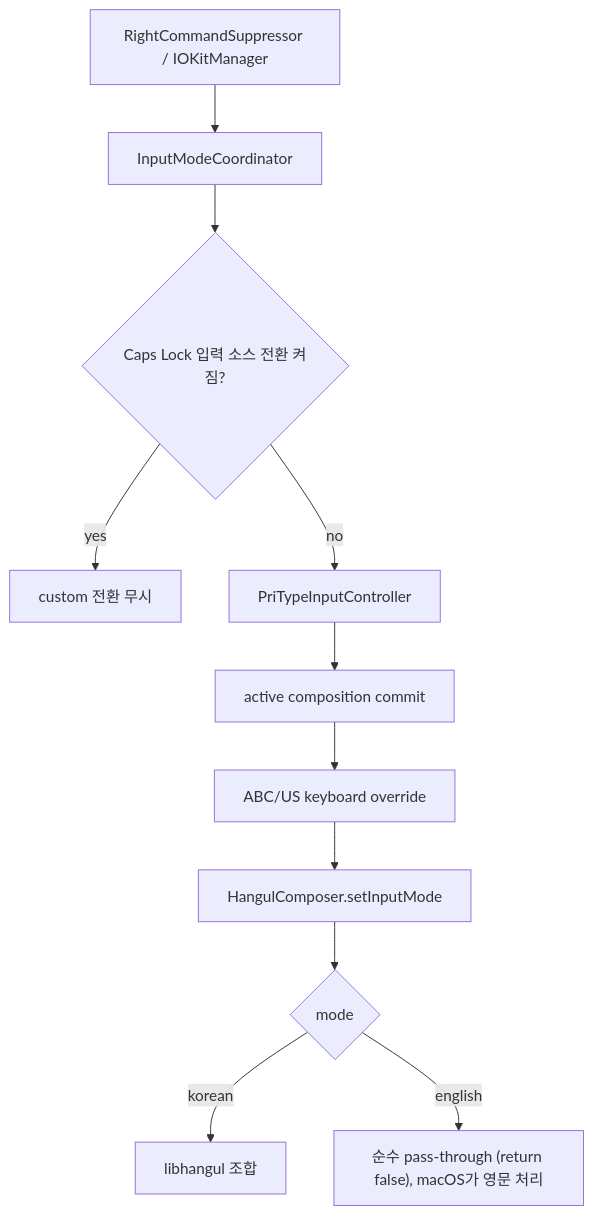
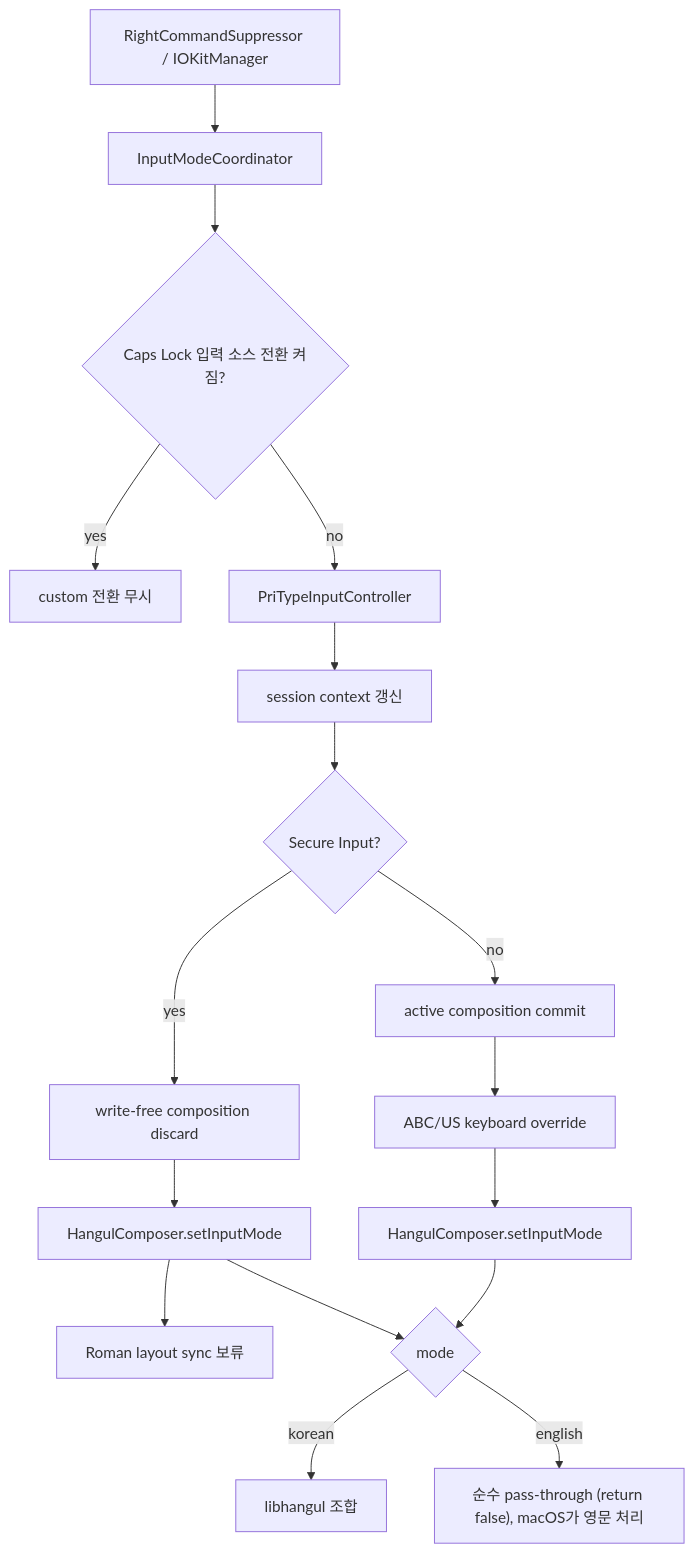
Before and after one commit to thlim-cube/Hangyeol: the diagram in ARCHITECTURE.md, drawn with Mermaid. The commit also changed other lines of this file and 4 other files, not shown here.

````diff
--- a/ARCHITECTURE.md
+++ b/ARCHITECTURE.md
@@ -97,13 +97,19 @@
 ```mermaid
 flowchart TD
     A["RightCommandSuppressor / IOKitManager"] --> B["InputModeCoordinator"]
     B --> C{"Caps Lock 입력 소스 전환 켜짐?"}
     C -->|"yes"| D["custom 전환 무시"]
     C -->|"no"| E["PriTypeInputController"]
-    E --> F["active composition commit"]
+    E --> L["session context 갱신"]
+    L --> M{"Secure Input?"}
+    M -->|"no"| F["active composition commit"]
     F --> G["ABC/US keyboard override"]
     G --> H["HangulComposer.setInputMode"]
+    M -->|"yes"| N["write-free composition discard"]
+    N --> O["HangulComposer.setInputMode"]
+    O --> P["Roman layout sync 보류"]
+    O --> I
     H --> I{"mode"}
     I -->|"korean"| J["libhangul 조합"]
     I -->|"english"| K["순수 pass-through (return false), macOS가 영문 처리"]
 ```
````
